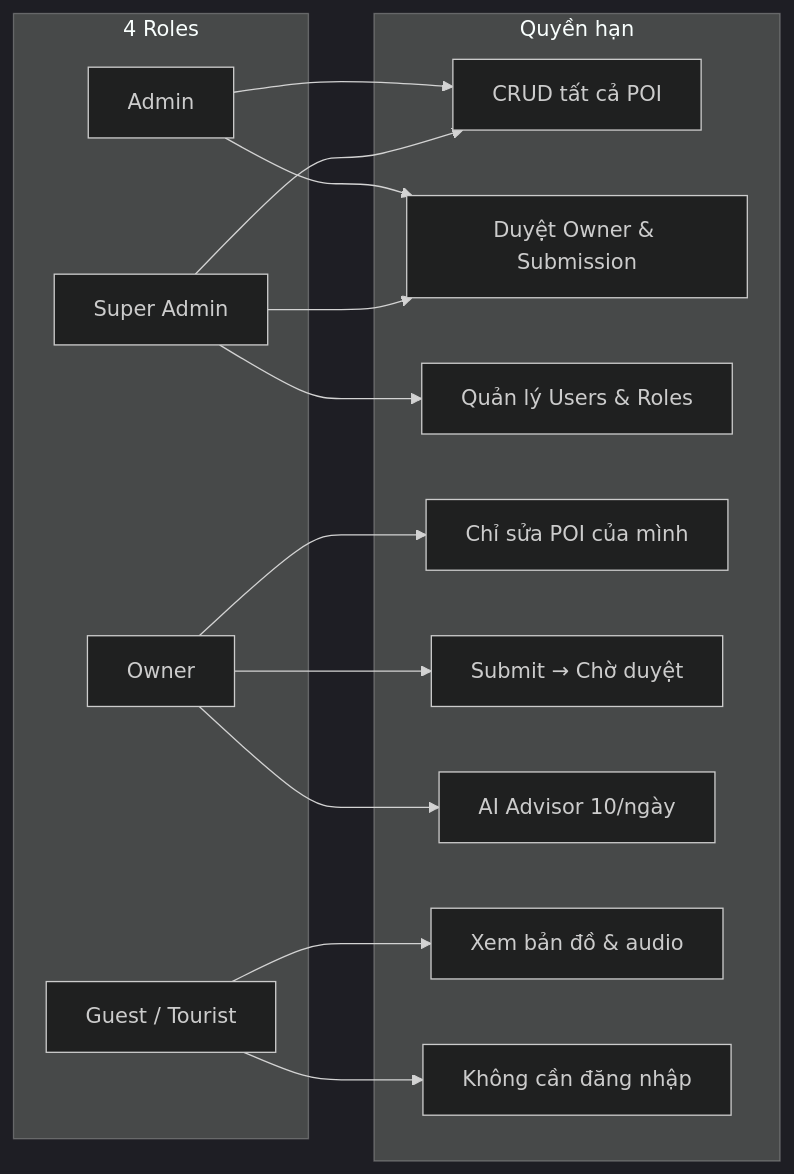
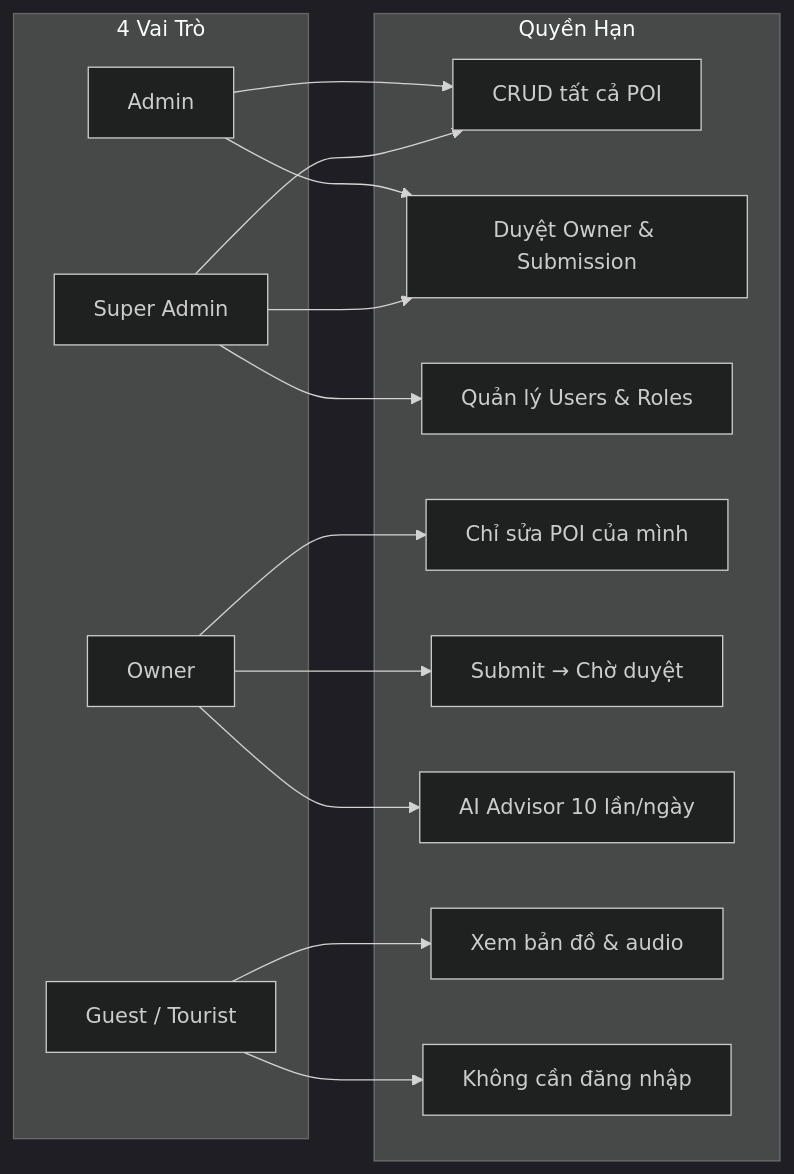
One commit to DZT711/Audio_Guide_App changed the ninth of 9 diagrams in README.md. Above: the diagram before and after it, drawn with Mermaid (dark theme). The commit also changed other lines of this file, not shown here.

````diff
--- a/README.md
+++ b/README.md
@@ -374,31 +951,31 @@
 ```mermaid
 flowchart LR
-    subgraph ROLES["4 Roles"]
+    subgraph ROLES["4 Vai Trò"]
         SA[Super Admin]
         AD[Admin]
         OW[Owner]
         GU[Guest / Tourist]
     end
 
-    subgraph PERMISSIONS["Quyền hạn"]
+    subgraph PERMISSIONS["Quyền Hạn"]
         P1[CRUD tất cả POI]
         P2[Duyệt Owner & Submission]
         P3[Quản lý Users & Roles]
         P4[Chỉ sửa POI của mình]
         P5[Submit → Chờ duyệt]
-        P6[AI Advisor 10/ngày]
+        P6[AI Advisor 10 lần/ngày]
         P7[Xem bản đồ & audio]
         P8[Không cần đăng nhập]
     end
 
     SA --> P1
     SA --> P2
     SA --> P3
     AD --> P1
     AD --> P2
     OW --> P4
     OW --> P5
     OW --> P6
     GU --> P7
     GU --> P8
 ```
````
